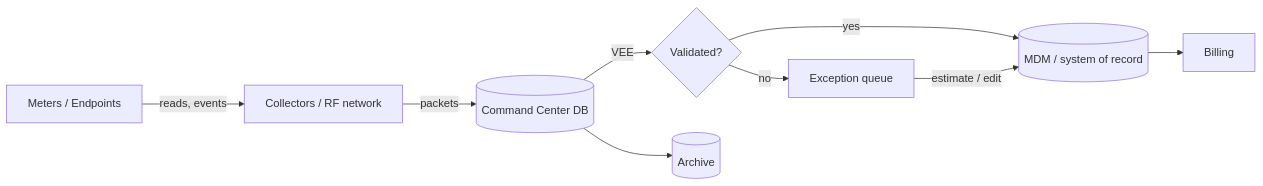
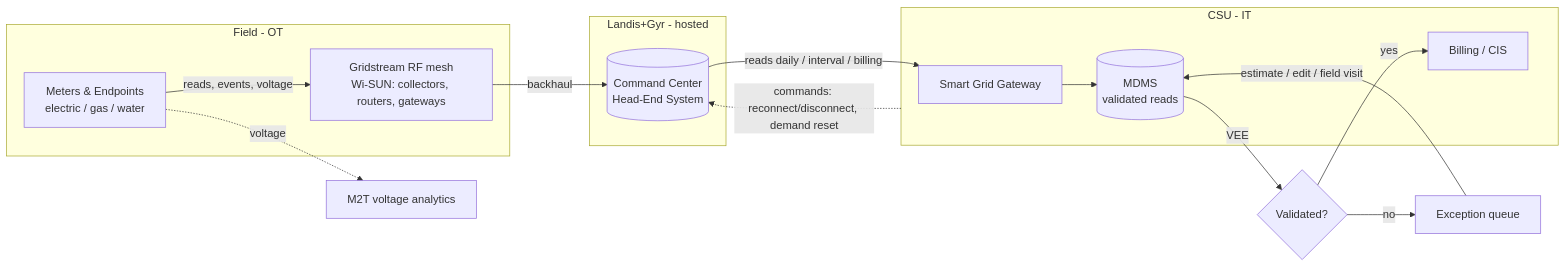
The first of 3 diagrams in docs/10-architecture-lineage.md (csu-advanced-utilities-tech/data-governance), drawn with Mermaid before and after one commit. The commit also changed other lines of this file and 3 other files, not shown here.

````diff
--- a/docs/10-architecture-lineage.md
+++ b/docs/10-architecture-lineage.md
@@ -14,11 +17,25 @@
 ```mermaid
 flowchart LR
-  M[Meters / Endpoints] -->|reads, events| C[Collectors / RF network]
-  C -->|packets| CC[(Command Center DB)]
-  CC -->|VEE| Q{Validated?}
-  Q -->|yes| MDM[(MDM / system of record)]
+  subgraph FIELD[Field - OT]
+    M[Meters & Endpoints<br/>electric / gas / water]
+    NET[Gridstream RF mesh<br/>Wi-SUN: collectors, routers, gateways]
+  end
+  subgraph VENDOR[Landis+Gyr - hosted]
+    HES[(Command Center<br/>Head-End System)]
+  end
+  subgraph CSU[CSU - IT]
+    SGG[Smart Grid Gateway]
+    MDMS[(MDMS<br/>validated reads)]
+    BILL[Billing / CIS]
+  end
+  M -->|reads, events, voltage| NET
+  NET -->|backhaul| HES
+  HES -->|reads daily / interval / billing| SGG
+  SGG --> MDMS
+  MDMS -->|VEE| Q{Validated?}
+  Q -->|yes| BILL
   Q -->|no| EX[Exception queue]
-  EX -->|estimate / edit| MDM
-  MDM --> BILL[Billing]
-  CC --> ARCH[(Archive)]
+  EX -->|estimate / edit / field visit| MDMS
+  CSU -.commands: reconnect/disconnect, demand reset.-> HES
+  M -.voltage.-> M2T[M2T voltage analytics]
 ```
````
